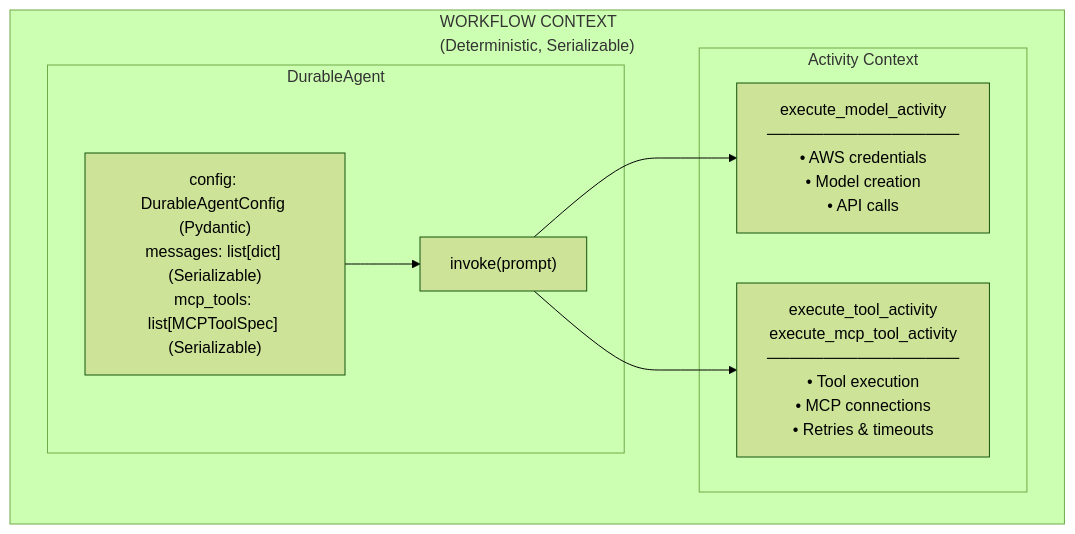
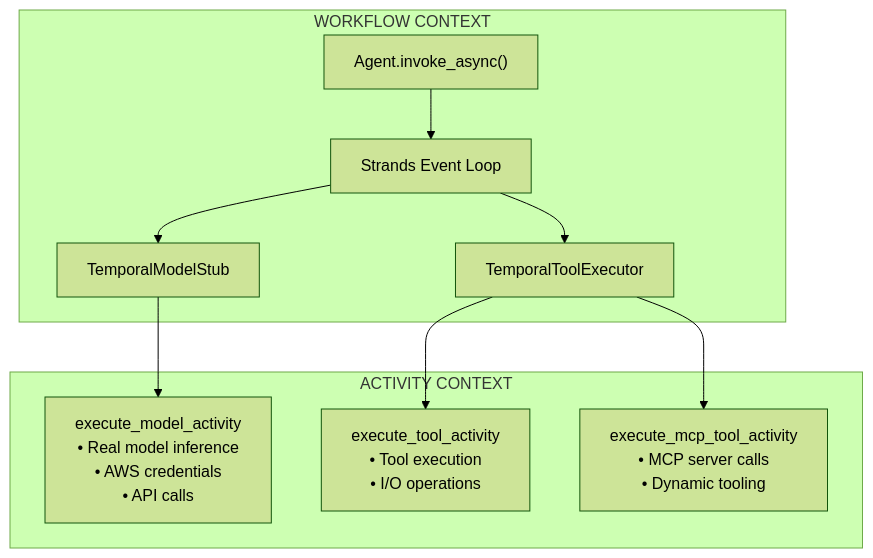
One commit to theagenticguy/strands-temporal-plugin changed the diagram in README.md. Above: the diagram before and after it, drawn with Mermaid (forest theme). The commit also changed other lines of this file and 20 other files, not shown here.

First line of the commit message:
refactor: remove deprecated DurableAgent pattern

````diff
--- a/README.md
+++ b/README.md
@@ -128,18 +139,23 @@
 ```mermaid
-flowchart TB
-    subgraph WF["WORKFLOW CONTEXT<br/>(Deterministic, Serializable)"]
-        subgraph DA["DurableAgent"]
-            Config["config: DurableAgentConfig (Pydantic)<br/>messages: list[dict] (Serializable)<br/>mcp_tools: list[MCPToolSpec] (Serializable)"]
-            Invoke["invoke(prompt)"]
-            Config --> Invoke
-        end
+graph TB
+    subgraph Workflow["WORKFLOW CONTEXT"]
+        Agent["Agent.invoke_async()"]
+        EventLoop["Strands Event Loop"]
+        ModelStub["TemporalModelStub"]
+        ToolExec["TemporalToolExecutor"]
 
-        subgraph Activities["Activity Context"]
-            ModelActivity["execute_model_activity<br/>─────────────────<br/>• AWS credentials<br/>• Model creation<br/>• API calls"]
-            ToolActivity["execute_tool_activity<br/>execute_mcp_tool_activity<br/>─────────────────<br/>• Tool execution<br/>• MCP connections<br/>• Retries & timeouts"]
-        end
+        Agent --> EventLoop
+        EventLoop --> ModelStub
+        EventLoop --> ToolExec
+    end
 
-        Invoke --> ModelActivity
-        Invoke --> ToolActivity
+    subgraph Activities["ACTIVITY CONTEXT"]
+        ModelActivity["execute_model_activity<br/>• Real model inference<br/>• AWS credentials<br/>• API calls"]
+        ToolActivity["execute_tool_activity<br/>• Tool execution<br/>• I/O operations"]
+        MCPActivity["execute_mcp_tool_activity<br/>• MCP server calls<br/>• Dynamic tooling"]
+
+        ModelStub --> ModelActivity
+        ToolExec --> ToolActivity
+        ToolExec --> MCPActivity
     end
 ```
````
